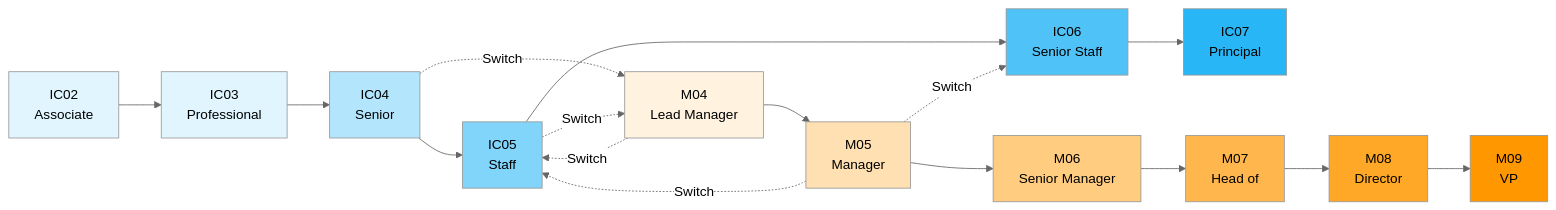
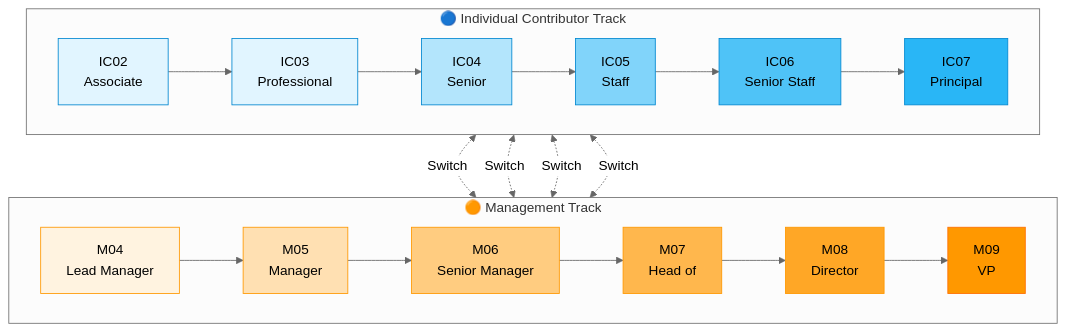
Before and after one commit to ultralytics/handbook: the diagram in docs/en/people/careers/index.md, drawn with Mermaid (neutral theme).

Commit message:
Update comp review schedule

````diff
--- a/docs/en/people/careers/index.md
+++ b/docs/en/people/careers/index.md
@@ -16,33 +21,38 @@
 ```mermaid
-graph LR
-    IC02[IC02<br/>Associate] --> IC03[IC03<br/>Professional]
-    IC03 --> IC04[IC04<br/>Senior]
-    IC04 --> IC05[IC05<br/>Staff]
-    IC05 --> IC06[IC06<br/>Senior Staff]
-    IC06 --> IC07[IC07<br/>Principal]
+graph TB
+    subgraph IC ["🔵 Individual Contributor Track"]
+        direction LR
+        IC02[IC02<br/>Associate] --> IC03[IC03<br/>Professional]
+        IC03 --> IC04[IC04<br/>Senior]
+        IC04 --> IC05[IC05<br/>Staff]
+        IC05 --> IC06[IC06<br/>Senior Staff]
+        IC06 --> IC07[IC07<br/>Principal]
+    end
     
-    M04[M04<br/>Lead Manager] --> M05[M05<br/>Manager]
-    M05 --> M06[M06<br/>Senior Manager]
-    M06 --> M07[M07<br/>Head of]
-    M07 --> M08[M08<br/>Director]
-    M08 --> M09[M09<br/>VP]
+    subgraph MGMT ["🟠 Management Track"]
+        direction LR
+        M04[M04<br/>Lead Manager] --> M05[M05<br/>Manager]
+        M05 --> M06[M06<br/>Senior Manager]
+        M06 --> M07[M07<br/>Head of]
+        M07 --> M08[M08<br/>Director]
+        M08 --> M09[M09<br/>VP]
+    end
     
-    IC04 -.->|Switch| M04
-    IC05 -.->|Switch| M04
-    M04 -.->|Switch| IC05
-    M05 -.->|Switch| IC05
-    M05 -.->|Switch| IC06
+    IC04 <-.->|Switch| M04
+    IC05 <-.->|Switch| M04
+    IC05 <-.->|Switch| M05
+    IC06 <-.->|Switch| M05
     
-    style IC02 fill:#e1f5ff
-    style IC03 fill:#e1f5ff
-    style IC04 fill:#b3e5fc
-    style IC05 fill:#81d4fa
-    style IC06 fill:#4fc3f7
-    style IC07 fill:#29b6f6
-    style M04 fill:#fff3e0
-    style M05 fill:#ffe0b2
-    style M06 fill:#ffcc80
-    style M07 fill:#ffb74d
-    style M08 fill:#ffa726
-    style M09 fill:#ff9800
+    style IC02 fill:#e1f5ff,stroke:#0288d1
+    style IC03 fill:#e1f5ff,stroke:#0288d1
+    style IC04 fill:#b3e5fc,stroke:#0288d1
+    style IC05 fill:#81d4fa,stroke:#0288d1
+    style IC06 fill:#4fc3f7,stroke:#0288d1
+    style IC07 fill:#29b6f6,stroke:#0288d1
+    style M04 fill:#fff3e0,stroke:#ff9800
+    style M05 fill:#ffe0b2,stroke:#ff9800
+    style M06 fill:#ffcc80,stroke:#ff9800
+    style M07 fill:#ffb74d,stroke:#ff9800
+    style M08 fill:#ffa726,stroke:#ff9800
+    style M09 fill:#ff9800,stroke:#ff6f00
 ```
````
